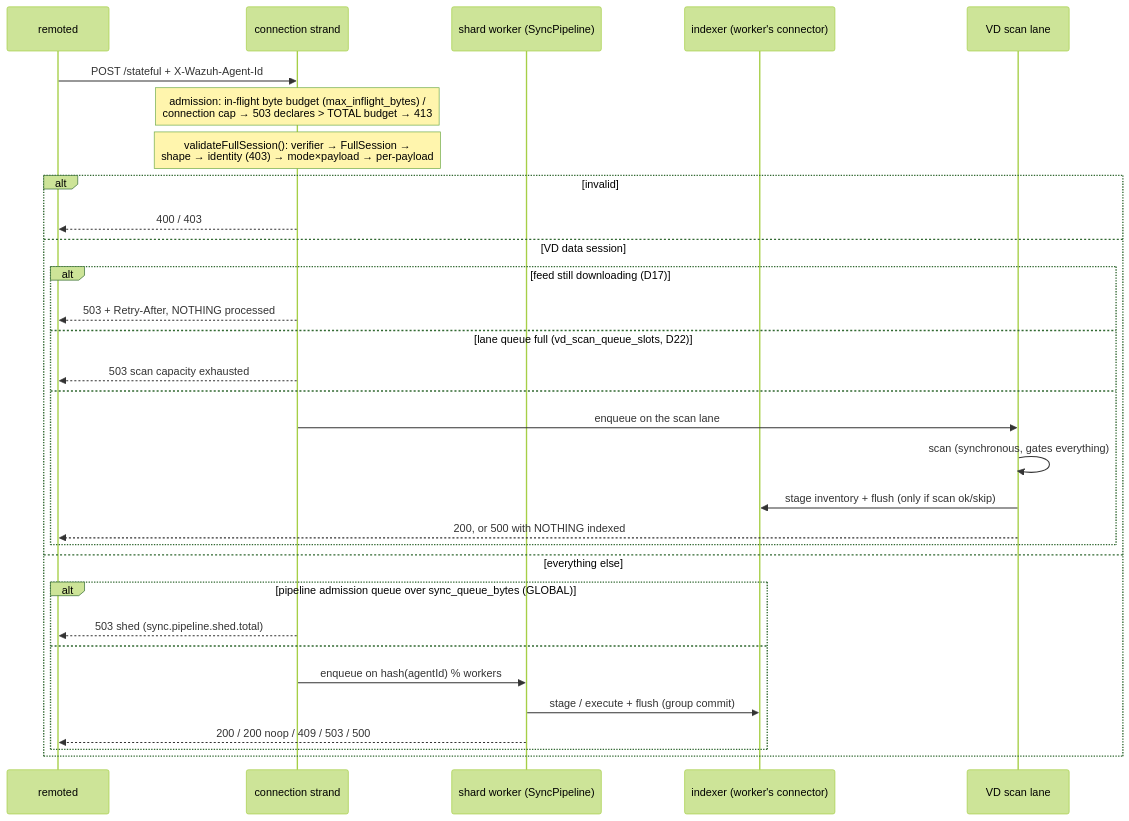
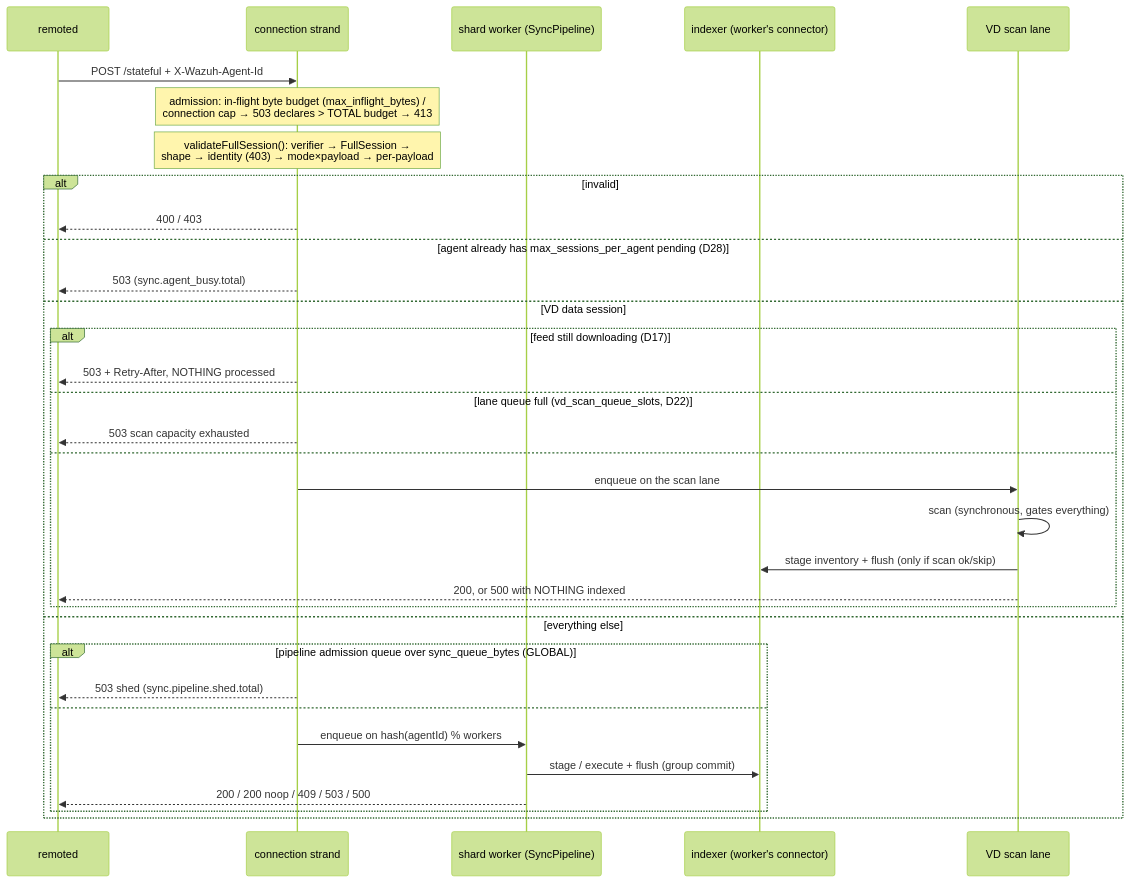
The second of 4 diagrams in src/wazuh_modules/inventory_sync_server/README.md (wazuh/wazuh), drawn with Mermaid (forest theme) before and after one commit. The commit also changed other lines of this file and 44 other files, not shown here.

Commit message:
fix: fix agent session limits and other inventory sync findings

````diff
--- a/src/wazuh_modules/inventory_sync_server/README.md
+++ b/src/wazuh_modules/inventory_sync_server/README.md
@@ -316,33 +317,35 @@
 ```mermaid
 sequenceDiagram
     participant R as remoted
     participant S as connection strand
     participant Q as shard worker (SyncPipeline)
     participant IDX as indexer (worker's connector)
     participant VQ as VD scan lane
     R->>S: POST /stateful + X-Wazuh-Agent-Id
     Note over S: admission: in-flight byte budget (max_inflight_bytes) /<br/>connection cap → 503 declares > TOTAL budget → 413
     Note over S: validateFullSession(): verifier → FullSession →<br/>shape → identity (403) → mode×payload → per-payload
     alt invalid
         S-->>R: 400 / 403
+    else agent already has max_sessions_per_agent pending (D28)
+        S-->>R: 503 (sync.agent_busy.total)
     else VD data session
         alt feed still downloading (D17)
             S-->>R: 503 + Retry-After, NOTHING processed
         else lane queue full (vd_scan_queue_slots, D22)
             S-->>R: 503 scan capacity exhausted
         else
             S->>VQ: enqueue on the scan lane
             VQ->>VQ: scan (synchronous, gates everything)
             VQ->>IDX: stage inventory + flush (only if scan ok/skip)
             VQ-->>R: 200, or 500 with NOTHING indexed
         end
     else everything else
         alt pipeline admission queue over sync_queue_bytes (GLOBAL)
             S-->>R: 503 shed (sync.pipeline.shed.total)
         else
             S->>Q: enqueue on hash(agentId) % workers
             Q->>IDX: stage / execute + flush (group commit)
             Q-->>R: 200 / 200 noop / 409 / 503 / 500
         end
     end
 ```
````
